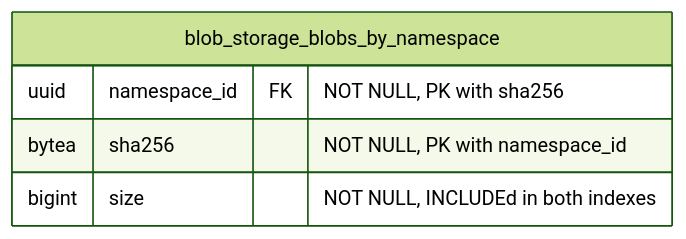
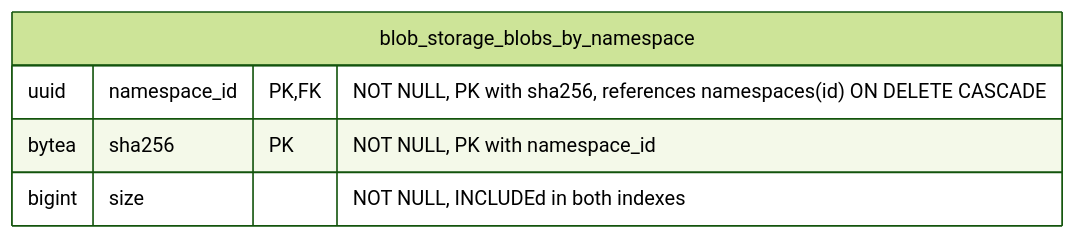
One commit to kyama0/gitlab-handbook-ja changed diagram 19 of 19 in content/handbook/engineering/architecture/design-documents/artifact_registry/decisions/007_database_schema.md. Above: the diagram before and after it, drawn with Mermaid (forest theme). The commit also changed other lines of this file and 90 other files, not shown here.

````diff
--- a/content/handbook/engineering/architecture/design-documents/artifact_registry/decisions/007_database_schema.md
+++ b/content/handbook/engineering/architecture/design-documents/artifact_registry/decisions/007_database_schema.md
@@ -2027,8 +2081,8 @@
 ```mermaid
 erDiagram
     blob_storage_blobs_by_namespace {
-        uuid namespace_id FK "NOT NULL, PK with sha256"
-        bytea sha256 "NOT NULL, PK with namespace_id"
+        uuid namespace_id PK,FK "NOT NULL, PK with sha256, references namespaces(id) ON DELETE CASCADE"
+        bytea sha256 PK "NOT NULL, PK with namespace_id"
         bigint size "NOT NULL, INCLUDEd in both indexes"
     }
 ```
````
